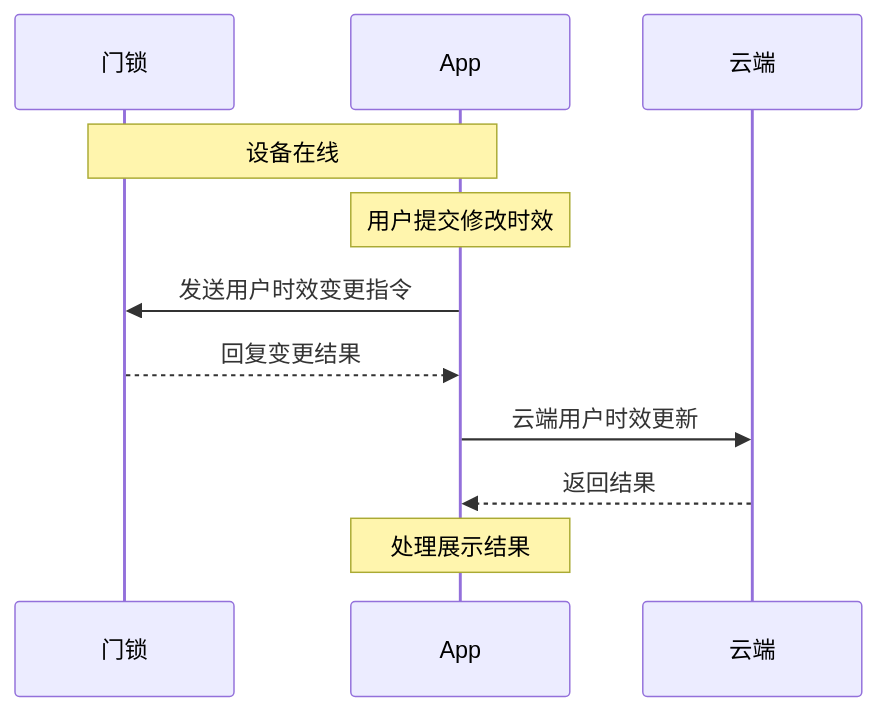
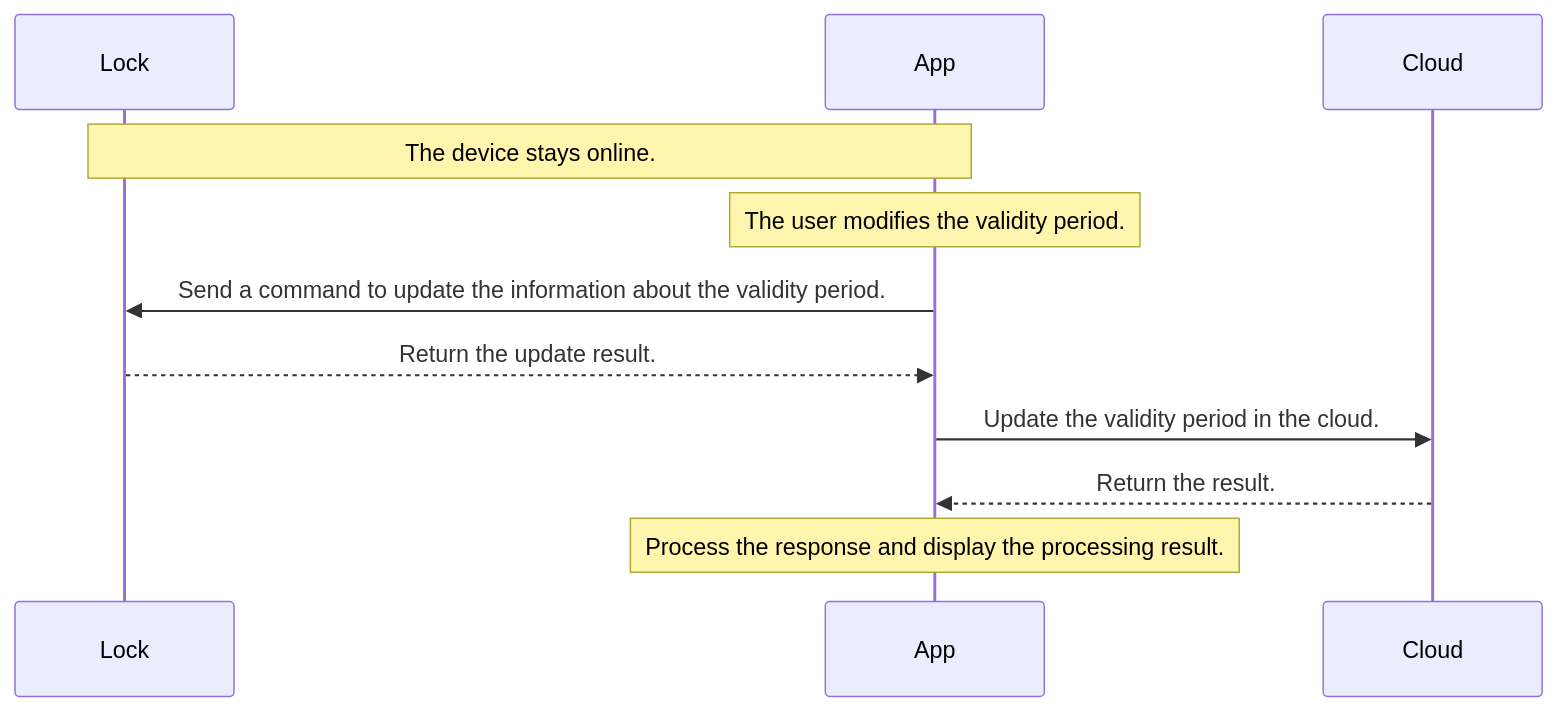
The second of 11 diagrams in lock/README.md (tuya/tuya-lock-android-demo), drawn with Mermaid before and after one commit. The commit also changed other lines of this file and 1 other file, not shown here.

````diff
--- a/lock/README.md
+++ b/lock/README.md
@@ -255,13 +270,13 @@
 ```mermaid
 sequenceDiagram
-participant D as 门锁
+participant D as Lock
 participant A as App
-participant C as 云端
-Note over D,A: 设备在线
-Note over A: 用户提交修改时效
-A->>D: 发送用户时效变更指令
-D-->>A: 回复变更结果
-A->>C : 云端用户时效更新
-C-->>A: 返回结果
-Note over A: 处理展示结果
+participant C as Cloud
+Note over D,A: The device stays online.
+Note over A: The user modifies the validity period.
+A->>D: Send a command to update the information about the validity period.
+D-->>A: Return the update result.
+A->>C: Update the validity period in the cloud.
+C-->>A: Return the result.
+Note over A: Process the response and display the processing result.
 ```
````
